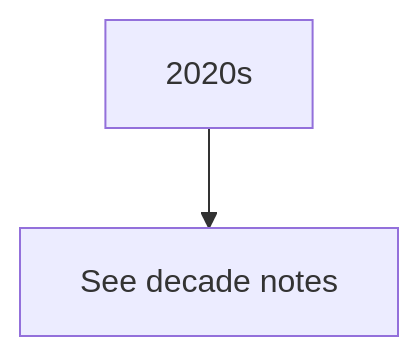
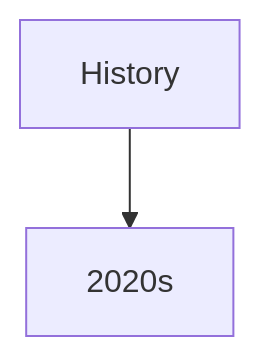
The diagram in master.md (vamsicharanadari/history), drawn with Mermaid before and after one commit.

````diff
--- a/master.md
+++ b/master.md
@@ -1,5 +1,5 @@
 ```mermaid
 flowchart TD
-  A[2020s] --> B[See decade notes]
+  A[History] --> B[2020s]
   click A "output/2020s.md" "Open 2020s file"
 ```
````
